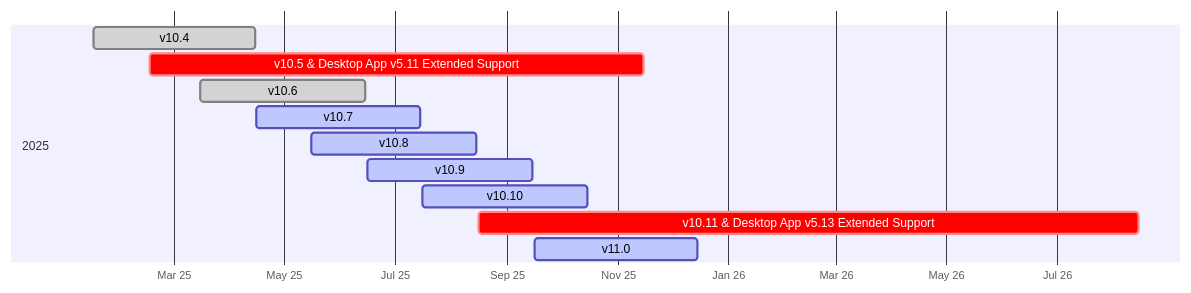
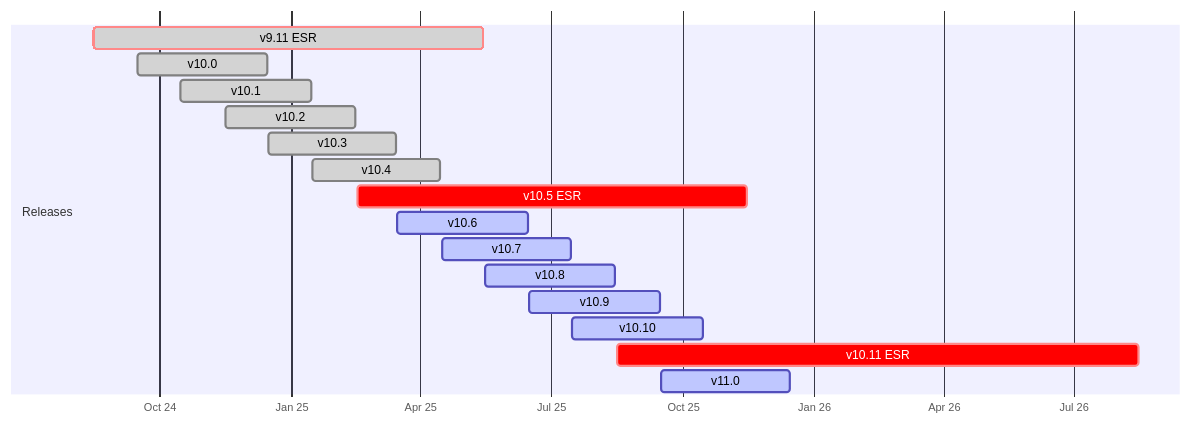
One commit to mattermost/docs changed the diagram in source/about/release-policy.md. Above: the diagram before and after it, drawn with Mermaid. The commit also changed other lines of this file and 2 other files, not shown here.

Commit message:
Fixed Mermaid-driven release chart

````diff
--- a/source/about/release-policy.md
+++ b/source/about/release-policy.md
@@ -53,18 +54,22 @@
 ```{mermaid}
 
 gantt
     dateFormat  YYYY-MM-DD
     axisFormat  %b %y
-    tickInterval 2month
 
-    section 2025
-    v10.4                  :done,  2025-01-16, 2025-04-15
-    v10.5 & Desktop App v5.11 Extended Support :crit,    2025-02-16, 2025-11-15
-    v10.6                  :done, 2025-03-16, 2025-06-15
-    v10.7                  :active, 2025-04-16, 2025-07-15
-    v10.8                  :active, 2025-05-16, 2025-08-15
-    v10.9                  :active, 2025-06-16, 2025-09-15
-    v10.10                 :active, 2025-07-16, 2025-10-15
-    v10.11 & Desktop App v5.13 Extended Support :crit,    2025-08-16, 2026-08-15
-    v11.0                  :active, 2025-09-16, 2025-12-15
+    section Releases
+    v9.11 ESR           :crit, done, 2024-08-16, 2025-05-15
+    v10.0               :done, 2024-09-16, 2024-12-15
+    v10.1               :done, 2024-10-16, 2025-01-15
+    v10.2               :done, 2024-11-16, 2025-02-15
+    v10.3               :done, 2024-12-16, 2025-03-15
+    v10.4               :done, 2025-01-16, 2025-04-15
+    v10.5 ESR           :crit, 2025-02-16, 2025-11-15
+    v10.6               :active, 2025-03-16, 2025-06-15
+    v10.7               :active, 2025-04-16, 2025-07-15
+    v10.8               :active, 2025-05-16, 2025-08-15
+    v10.9               :active, 2025-06-16, 2025-09-15
+    v10.10              :active, 2025-07-16, 2025-10-15
+    v10.11 ESR          :crit, 2025-08-16, 2026-08-15
+    v11.0               :active, 2025-09-16, 2025-12-15
 ```
````
